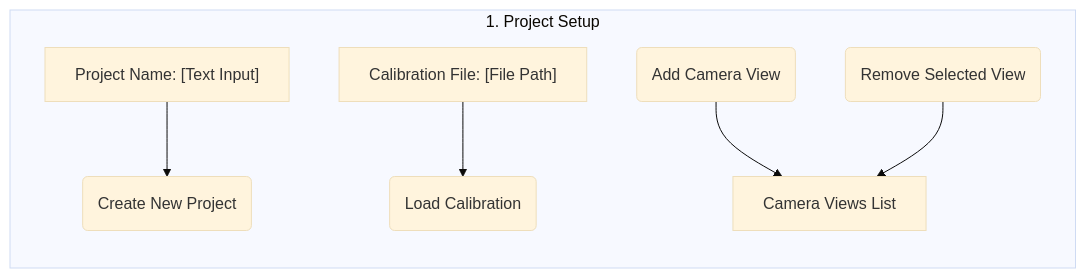
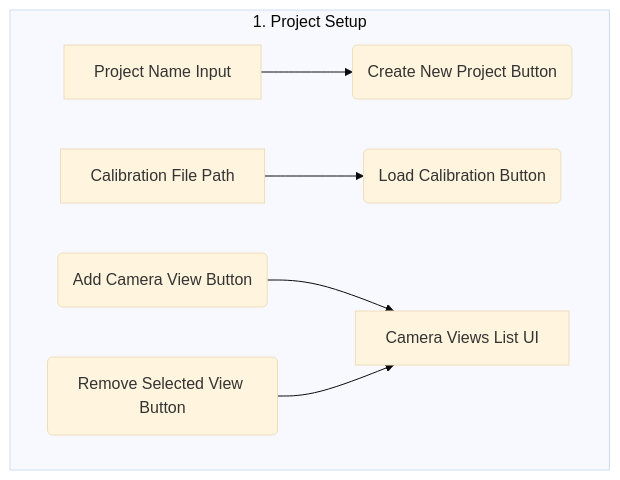
One commit to hkaimio/PoseEdit changed the third of 7 diagrams in design.md. Above: the diagram before and after it, drawn with Mermaid (base theme). The commit also changed other lines of this file, not shown here.

Commit message:
design: Fix diagrams

````diff
--- a/design.md
+++ b/design.md
@@ -188,18 +192,16 @@
 ```mermaid
 graph TD
     subgraph "1. Project Setup"
-        direction TB
-        A["Project Name: [Text Input]"]
-        B(Create New Project)
-        C["Calibration File: [File Path]"]
-        D(Load Calibration)
-        E["Camera Views List"]
-        F(Add Camera View)
-        G(Remove Selected View)
-
+        A["Project Name Input"];
+        B("Create New Project Button");
+        C["Calibration File Path"];
+        D("Load Calibration Button");
+        E["Camera Views List UI"];
+        F("Add Camera View Button");
+        G("Remove Selected View Button");
         A --> B;
         C --> D;
         F --> E;
         G --> E;
     end
 ```
````
